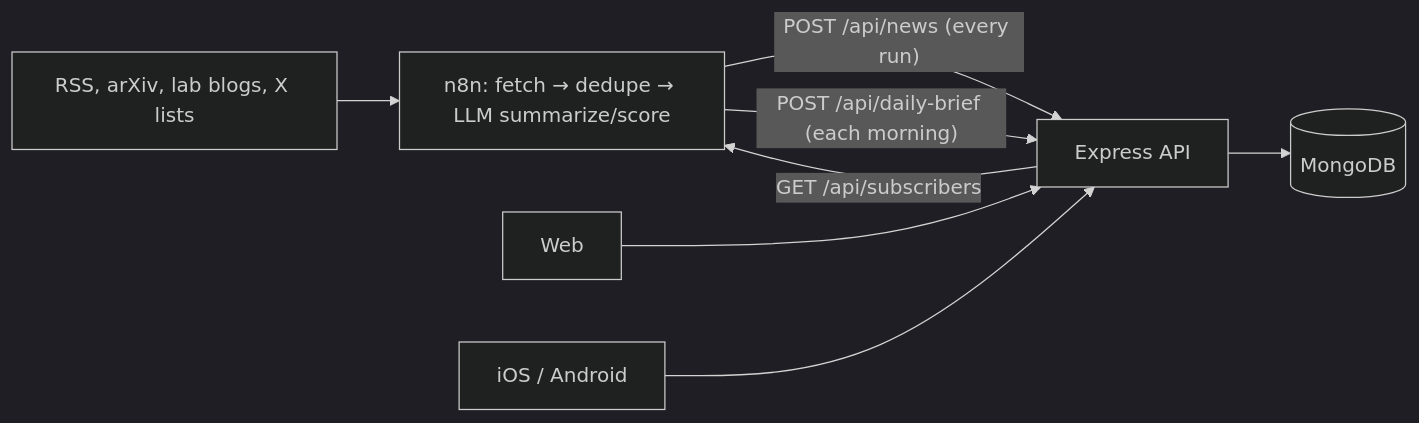
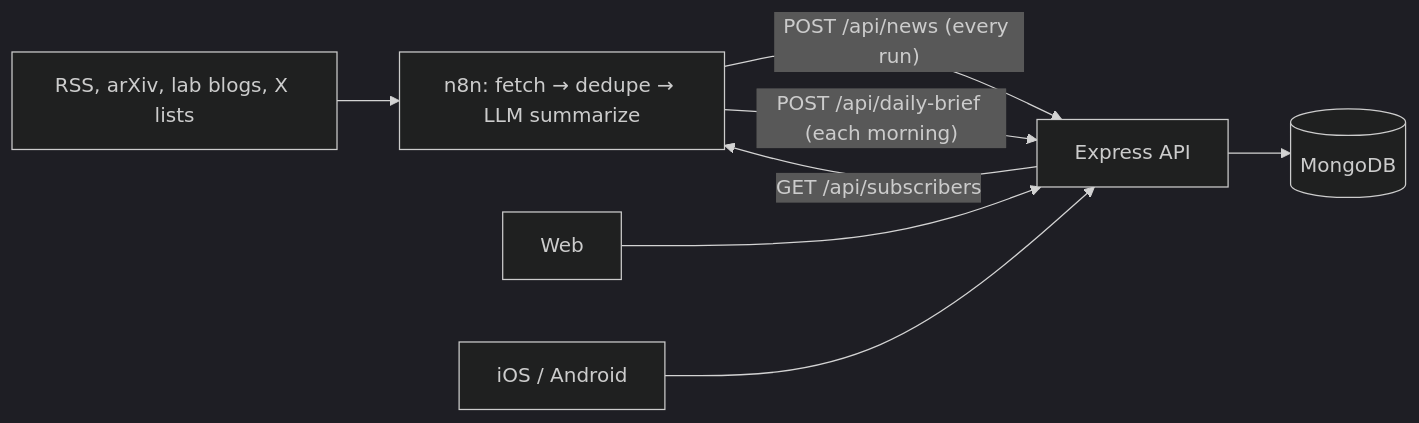
Before and after one commit to TechCatalyst-co/gsin: the diagram in docs/N8N_API.md, drawn with Mermaid (dark theme). The commit also changed other lines of this file and 57 other files, not shown here.

````diff
--- a/docs/N8N_API.md
+++ b/docs/N8N_API.md
@@ -5,10 +5,10 @@
 ```mermaid
 flowchart LR
-    Sources["RSS, arXiv, lab blogs, X lists"] --> N8N["n8n: fetch → dedupe → LLM summarize/score"]
+    Sources["RSS, arXiv, lab blogs, X lists"] --> N8N["n8n: fetch → dedupe → LLM summarize"]
     N8N -->|"POST /api/news (every run)"| API["Express API"]
     N8N -->|"POST /api/daily-brief (each morning)"| API
     API -->|"GET /api/subscribers"| N8N
     API --> Mongo[(MongoDB)]
     Web["Web"] --> API
     App["iOS / Android"] --> API
 ```
````
